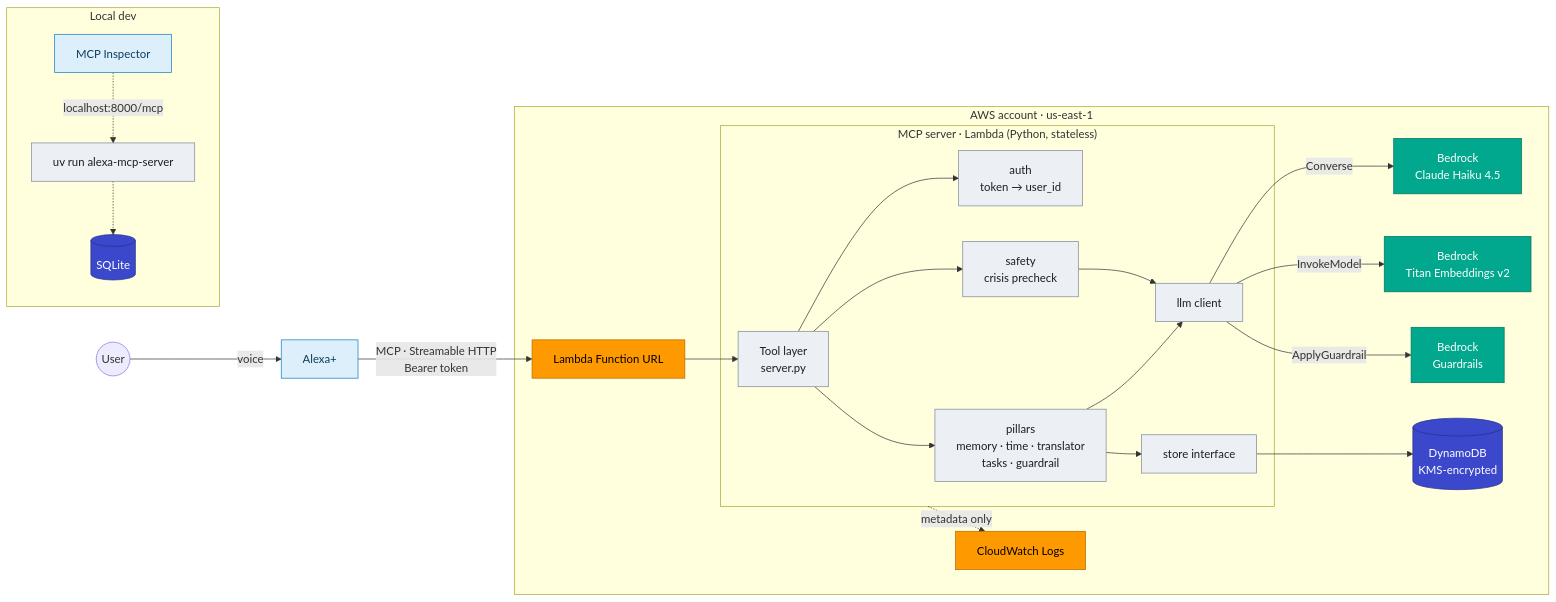
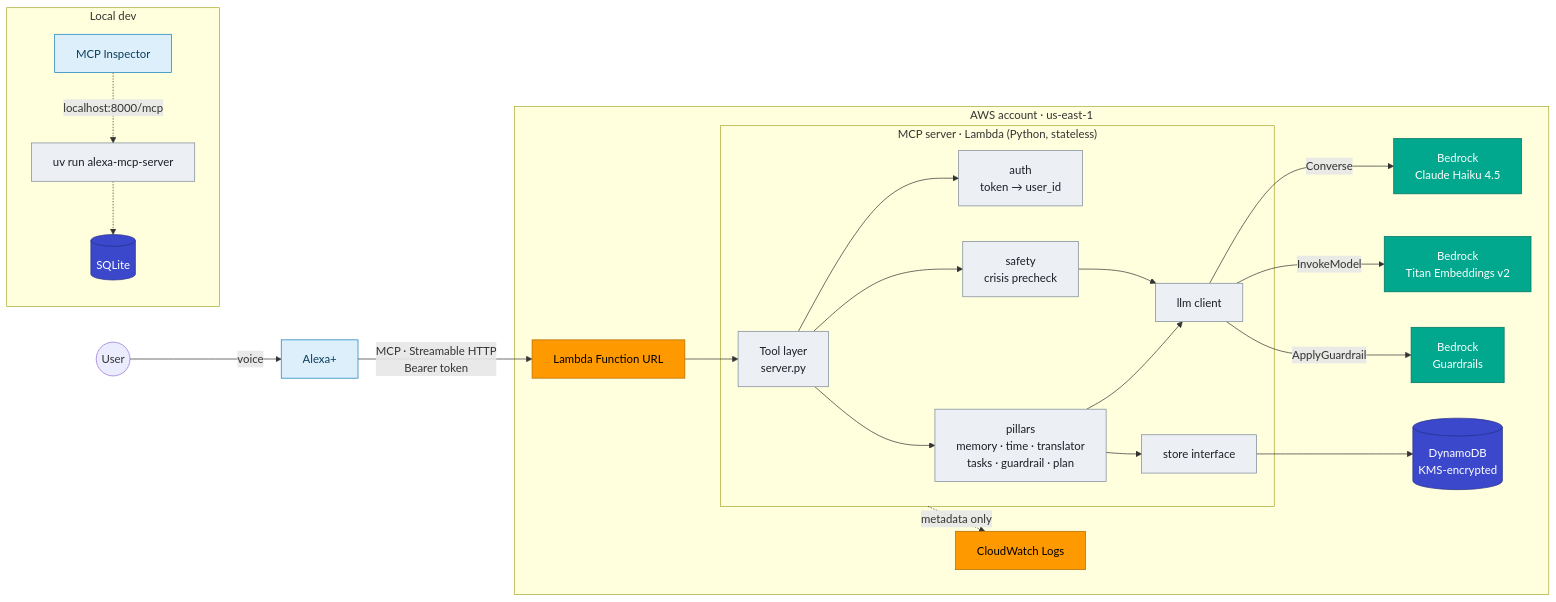
One commit to navinrc/NeuroCare changed the eighth of 9 diagrams in docs/spec.md. Above: the diagram before and after it, drawn with Mermaid. The commit also changed other lines of this file and 1 other file, not shown here.

Commit message:
docs: mention daily plan pillar in README and spec summary

````diff
--- a/docs/spec.md
+++ b/docs/spec.md
@@ -584,40 +584,40 @@
 ```mermaid
 flowchart LR
     U((User)) -->|voice| A[Alexa+]
     A -->|MCP · Streamable HTTP<br/>Bearer token| URL[Lambda Function URL]
 
     subgraph AWS["AWS account · us-east-1"]
         URL --> TOOLS
 
         subgraph SRV["MCP server · Lambda (Python, stateless)"]
             TOOLS[Tool layer<br/>server.py] --> AUTH[auth<br/>token → user_id]
             TOOLS --> SAFE[safety<br/>crisis precheck]
-            TOOLS --> PIL[pillars<br/>memory · time · translator<br/>tasks · guardrail]
+            TOOLS --> PIL[pillars<br/>memory · time · translator<br/>tasks · guardrail · plan]
             PIL --> LLMC[llm client]
             PIL --> STC[store interface]
             SAFE --> LLMC
         end
 
         LLMC -->|Converse| HAIKU[Bedrock<br/>Claude Haiku 4.5]
         LLMC -->|InvokeModel| TITAN[Bedrock<br/>Titan Embeddings v2]
         LLMC -->|ApplyGuardrail| GR[Bedrock<br/>Guardrails]
         STC --> DDB[(DynamoDB<br/>KMS-encrypted)]
         SRV -.->|metadata only| CW[CloudWatch Logs]
     end
 
     subgraph LOCAL["Local dev"]
         INS[MCP Inspector] -.->|localhost:8000/mcp| LSRV[uv run alexa-mcp-server]
         LSRV -.-> SQL[(SQLite)]
     end
 
     classDef aws fill:#FF9900,stroke:#B36B00,color:#000000
     classDef bedrock fill:#01A88D,stroke:#00735F,color:#FFFFFF
     classDef data fill:#3B48CC,stroke:#262F85,color:#FFFFFF
     classDef code fill:#ECEFF4,stroke:#7D8998,color:#1B1F24
     classDef ext fill:#DCEFFB,stroke:#147EBA,color:#0B3D5C
     class URL,CW aws
     class HAIKU,TITAN,GR bedrock
     class DDB,SQL data
     class TOOLS,AUTH,SAFE,PIL,LLMC,STC,LSRV code
     class A,INS ext
 ```
````
